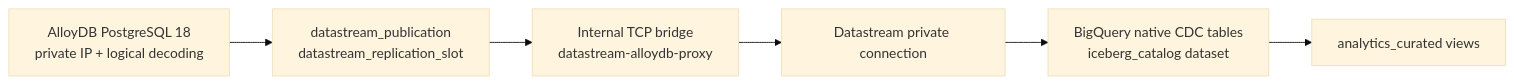
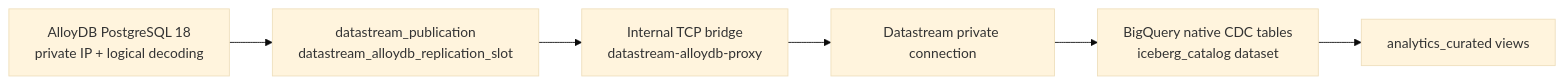
Before and after one commit to GoogleCloudPlatform/fsi-gecx-bundle: the first of 2 diagrams in docs/architecture/data-platform/apache_iceberg_cdc_datalake_architecture.md, drawn with Mermaid (base theme). The commit also changed other lines of this file and 7 other files, not shown here.

````diff
--- a/docs/architecture/data-platform/apache_iceberg_cdc_datalake_architecture.md
+++ b/docs/architecture/data-platform/apache_iceberg_cdc_datalake_architecture.md
@@ -7,8 +7,8 @@
 ```mermaid
 flowchart LR
-    AlloyDB["AlloyDB PostgreSQL 18<br/>private IP + logical decoding"] --> Publication["datastream_publication<br/>datastream_replication_slot"]
+    AlloyDB["AlloyDB PostgreSQL 18<br/>private IP + logical decoding"] --> Publication["datastream_publication<br/>datastream_alloydb_replication_slot"]
     Publication --> Bridge["Internal TCP bridge<br/>datastream-alloydb-proxy"]
     Bridge --> Datastream["Datastream private connection"]
     Datastream --> NativeBQ["BigQuery native CDC tables<br/>iceberg_catalog dataset"]
     NativeBQ --> Curated["analytics_curated views"]
 ```
````
